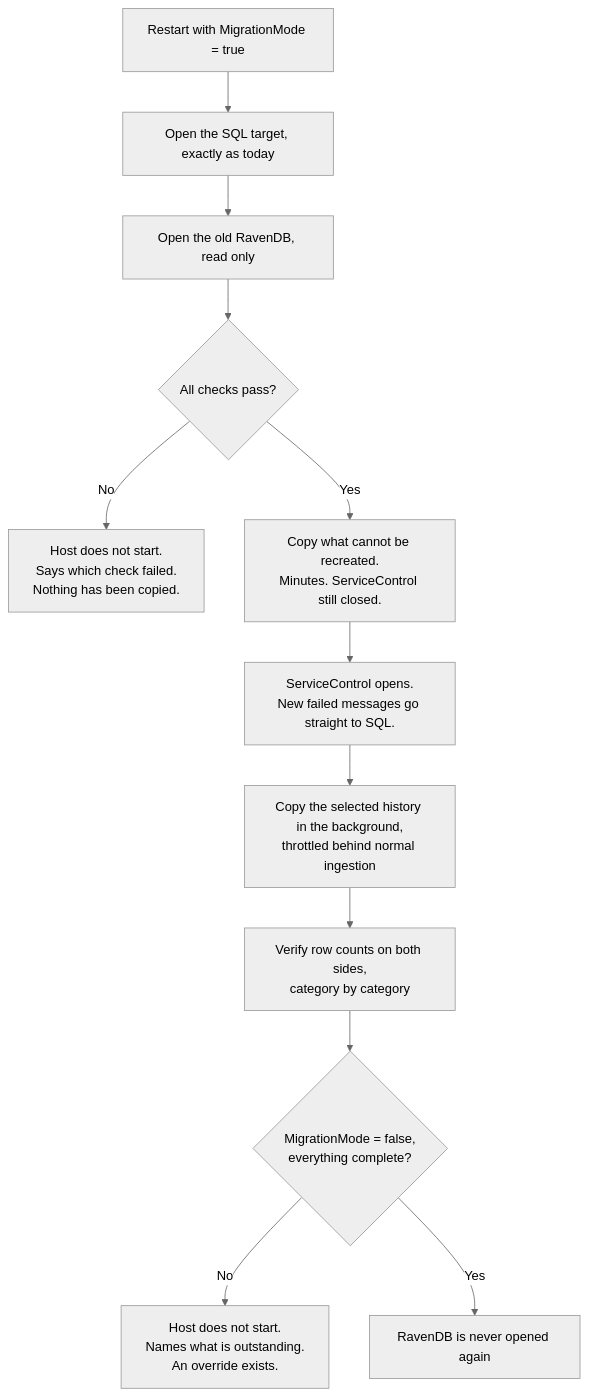
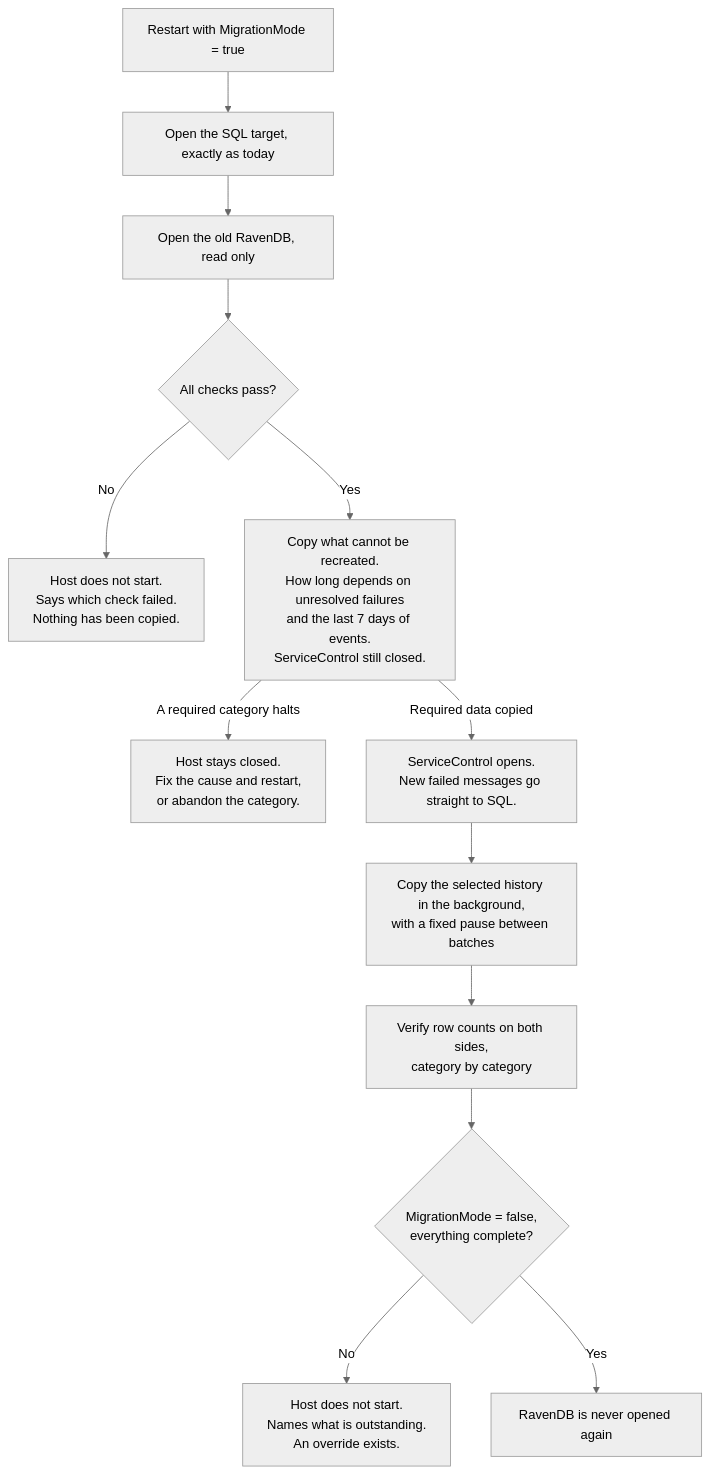
The second of 4 diagrams in docs/migration/ravendb-to-sql-migration-overview.md (Particular/ServiceControl), drawn with Mermaid (neutral theme) before and after one commit. The commit also changed other lines of this file, not shown here.

Commit message:
Refine migration documentation for clarity on data retention and copying strategy

````diff
--- a/docs/migration/ravendb-to-sql-migration-overview.md
+++ b/docs/migration/ravendb-to-sql-migration-overview.md
@@ -123,14 +124,15 @@
 ```mermaid
 flowchart TB
     A["Restart with MigrationMode = true"] --> B["Open the SQL target, exactly as today"]
     B --> C["Open the old RavenDB, read only"]
     C --> D{"All checks pass?"}
     D -->|"No"| E["Host does not start.<br/>Says which check failed.<br/>Nothing has been copied."]
-    D -->|"Yes"| F["Copy what cannot be recreated.<br/>Minutes. ServiceControl still closed."]
-    F --> G["ServiceControl opens.<br/>New failed messages go straight to SQL."]
-    G --> H["Copy the selected history in the background,<br/>throttled behind normal ingestion"]
+    D -->|"Yes"| F["Copy what cannot be recreated.<br/>How long depends on unresolved failures<br/>and the last 7 days of events.<br/>ServiceControl still closed."]
+    F -->|"A required category halts"| M["Host stays closed.<br/>Fix the cause and restart,<br/>or abandon the category."]
+    F -->|"Required data copied"| G["ServiceControl opens.<br/>New failed messages go straight to SQL."]
+    G --> H["Copy the selected history in the background,<br/>with a fixed pause between batches"]
     H --> I["Verify row counts on both sides,<br/>category by category"]
     I --> J{"MigrationMode = false,<br/>everything complete?"}
     J -->|"No"| K["Host does not start.<br/>Names what is outstanding.<br/>An override exists."]
     J -->|"Yes"| L["RavenDB is never opened again"]
 ```
````
